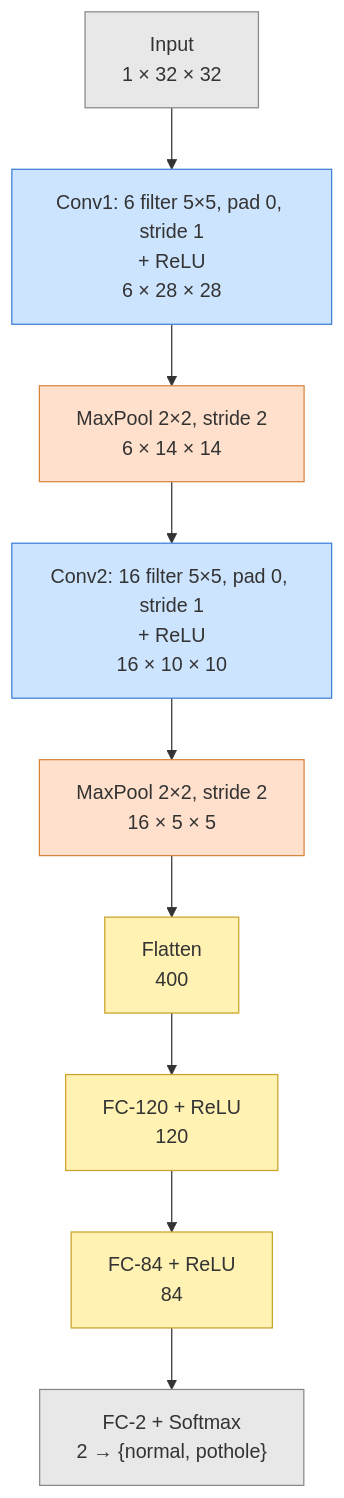
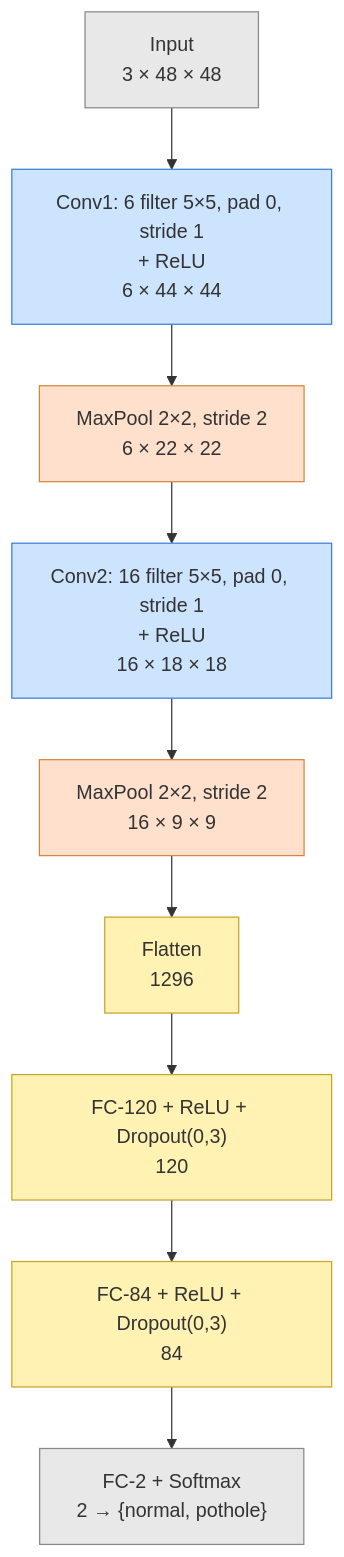
The first of 2 diagrams in docs/01-arsitektur.md (arisros/pothole-detection), drawn with Mermaid before and after one commit. The commit also changed other lines of this file and 9 other files, not shown here.

````diff
--- a/docs/01-arsitektur.md
+++ b/docs/01-arsitektur.md
@@ -17,23 +17,23 @@
 ```mermaid
 flowchart TB
-    A["Input<br/>1 × 32 × 32"]
-    B["Conv1: 6 filter 5×5, pad 0, stride 1<br/>+ ReLU<br/>6 × 28 × 28"]
-    C["MaxPool 2×2, stride 2<br/>6 × 14 × 14"]
-    D["Conv2: 16 filter 5×5, pad 0, stride 1<br/>+ ReLU<br/>16 × 10 × 10"]
-    E["MaxPool 2×2, stride 2<br/>16 × 5 × 5"]
-    F["Flatten<br/>400"]
-    G["FC-120 + ReLU<br/>120"]
-    H["FC-84 + ReLU<br/>84"]
+    A["Input<br/>3 × 48 × 48"]
+    B["Conv1: 6 filter 5×5, pad 0, stride 1<br/>+ ReLU<br/>6 × 44 × 44"]
+    C["MaxPool 2×2, stride 2<br/>6 × 22 × 22"]
+    D["Conv2: 16 filter 5×5, pad 0, stride 1<br/>+ ReLU<br/>16 × 18 × 18"]
+    E["MaxPool 2×2, stride 2<br/>16 × 9 × 9"]
+    F["Flatten<br/>1296"]
+    G["FC-120 + ReLU + Dropout(0,3)<br/>120"]
+    H["FC-84 + ReLU + Dropout(0,3)<br/>84"]
     I["FC-2 + Softmax<br/>2 → {normal, pothole}"]
 
     A --> B --> C --> D --> E --> F --> G --> H --> I
 
     classDef conv fill:#cde4ff,stroke:#3b7dd8;
     classDef pool fill:#ffe0cc,stroke:#d8843b;
     classDef fc fill:#fff2b3,stroke:#c9a227;
     classDef io fill:#e8e8e8,stroke:#888;
     class A,I io;
     class B,D conv;
     class C,E pool;
     class F,G,H fc;
 ```
````
